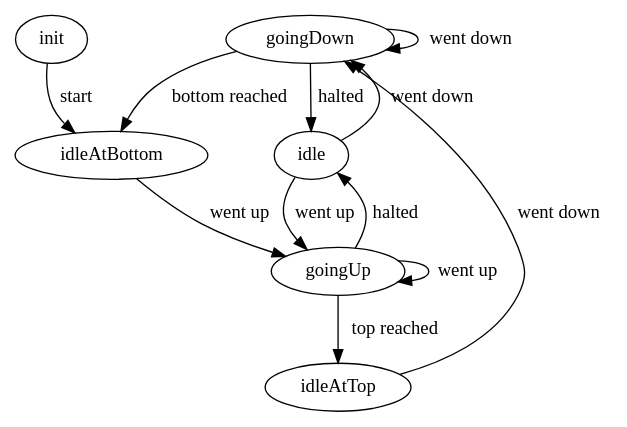
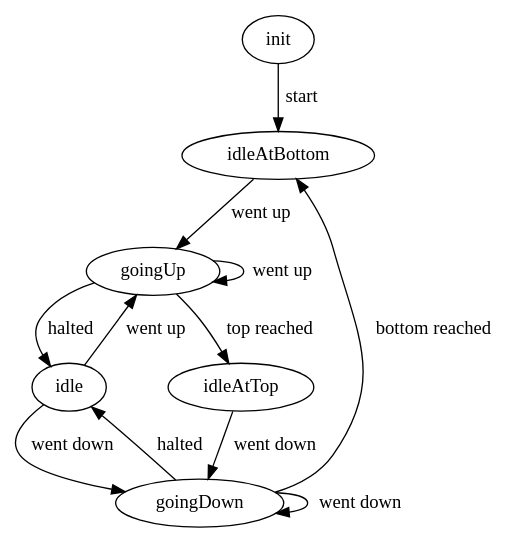
One commit to uberto/okotta-es changed the diagram in codegen/examples/elevator.dot. Above: the diagram before and after it, drawn with Graphviz.

Commit message:
fix dot diagram

```diff
--- a/codegen/examples/elevator.dot
+++ b/codegen/examples/elevator.dot
@@ -1,14 +1,14 @@
 digraph elevator
 {
     init -> idleAtBottom [label="start"]
     idle -> goingUp [label="went up" comment="destination:Int,peopleIn:Int"]
     goingUp -> idle [label="halted" comment="peopleOut:Int"]
     goingUp -> goingUp  [label="went up"]
     goingUp -> idleAtTop  [label="top reached" comment="peopleOut:Int"]
     idle -> goingDown [label="went down" comment="destination:Int"]
     goingDown -> idle  [label="halted" comment="peopleOut:Int"  ]
     goingDown -> goingDown  [label="went down"]
     goingDown -> idleAtBottom  [label="bottom reached" comment="peopleOut:Int"]
-    idleAtTop  -> goingDown [label="went down" constraint=false  comment="destination:Int,peopleIn:Int"]
-    idleAtBottom  -> goingUp  [label="went up" constraint=false  comment="destination:Int,peopleIn:Int"]
+    idleAtTop  -> goingDown [label="went down" comment="destination:Int,peopleIn:Int"]
+    idleAtBottom  -> goingUp  [label="went up" comment="destination:Int,peopleIn:Int"]
 }
```
